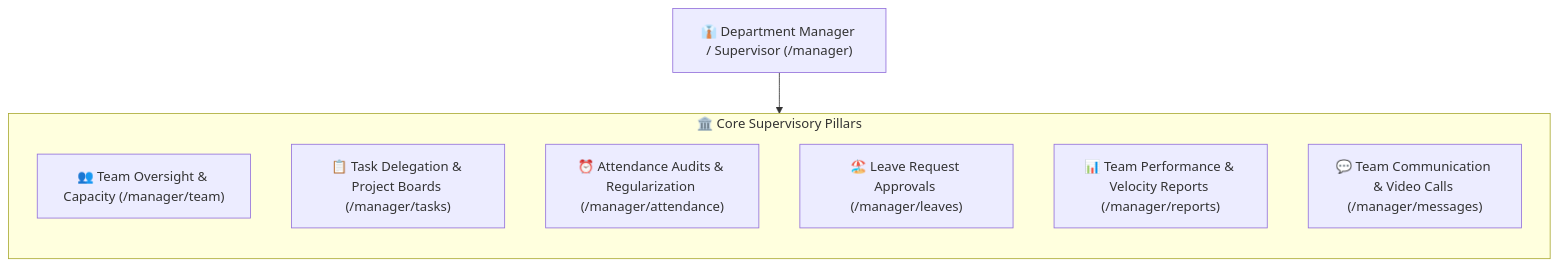
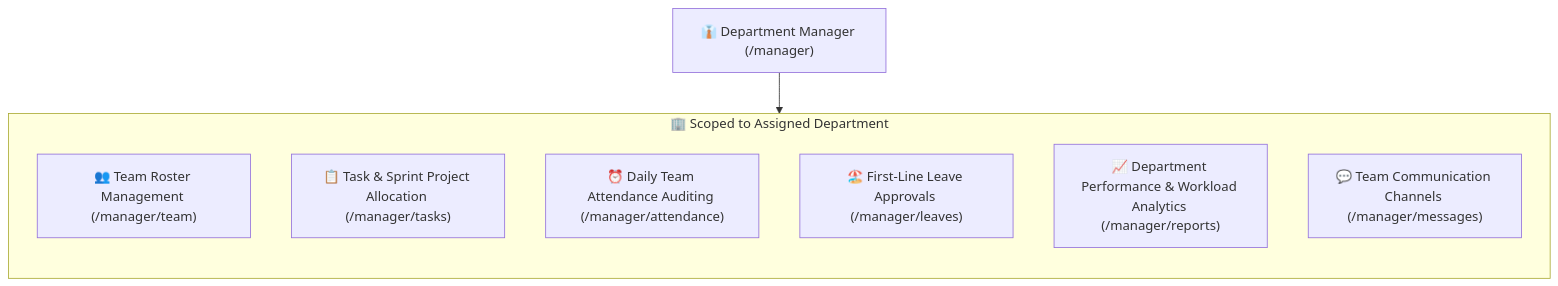
Before and after one commit to SRJ-GROUP/hubnest_user_guide: the diagram in docs/hrms-manager/index.md, drawn with Mermaid. The commit also changed other lines of this file and 9 other files, not shown here.

Commit message:
docs(hrms-manager): complete step-by-step code-audited guide for all 10 Department Manager modules

````diff
--- a/docs/hrms-manager/index.md
+++ b/docs/hrms-manager/index.md
@@ -16,16 +18,16 @@
 ```mermaid
-graph TB
-    ManagerPersona["👔 Department Manager / Supervisor (/manager)"]
+graph TD
+    Manager["👔 Department Manager (/manager)"]
 
-    subgraph ManagementPillars["🏛️ Core Supervisory Pillars"]
+    subgraph Scope["🏢 Scoped to Assigned Department"]
         direction TB
-        M1["👥 Team Oversight & Capacity (/manager/team)"]
-        M2["📋 Task Delegation & Project Boards (/manager/tasks)"]
-        M3["⏰ Attendance Audits & Regularization (/manager/attendance)"]
-        M4["🏖️ Leave Request Approvals (/manager/leaves)"]
-        M5["📊 Team Performance & Velocity Reports (/manager/reports)"]
-        M6["💬 Team Communication & Video Calls (/manager/messages)"]
+        M1["👥 Team Roster Management (/manager/team)"]
+        M2["📋 Task & Sprint Project Allocation (/manager/tasks)"]
+        M3["⏰ Daily Team Attendance Auditing (/manager/attendance)"]
+        M4["🏖️ First-Line Leave Approvals (/manager/leaves)"]
+        M5["📈 Department Performance & Workload Analytics (/manager/reports)"]
+        M6["💬 Team Communication Channels (/manager/messages)"]
     end
 
-    ManagerPersona --> ManagementPillars
+    Manager --> Scope
 ```
````
